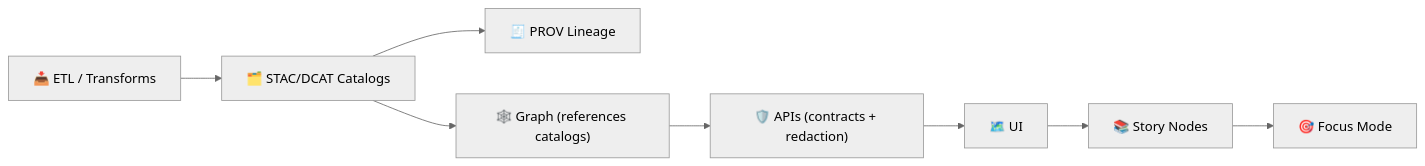
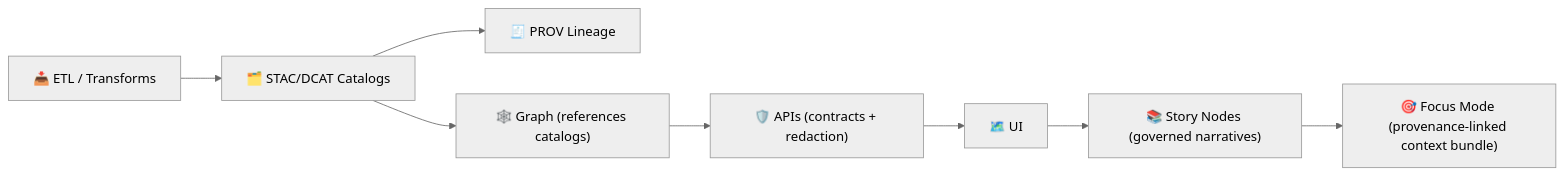
Before and after one commit to bartytime4life/Kansas-Frontier-Matrix: the second of 2 diagrams in scripts/README.md, drawn with Mermaid (neutral theme). The commit also changed other lines of this file, not shown here.

````diff
--- a/scripts/README.md
+++ b/scripts/README.md
@@ -109,10 +147,10 @@
 ```mermaid
 flowchart LR
   A["📥 ETL / Transforms"] --> B["🗂️ STAC/DCAT Catalogs"]
   B --> C["🧾 PROV Lineage"]
   B --> D["🕸️ Graph (references catalogs)"]
   D --> E["🛡️ APIs (contracts + redaction)"]
   E --> F["🗺️ UI"]
-  F --> G["📚 Story Nodes"]
-  G --> H["🎯 Focus Mode"]
+  F --> G["📚 Story Nodes (governed narratives)"]
+  G --> H["🎯 Focus Mode (provenance-linked context bundle)"]
 ```
````
